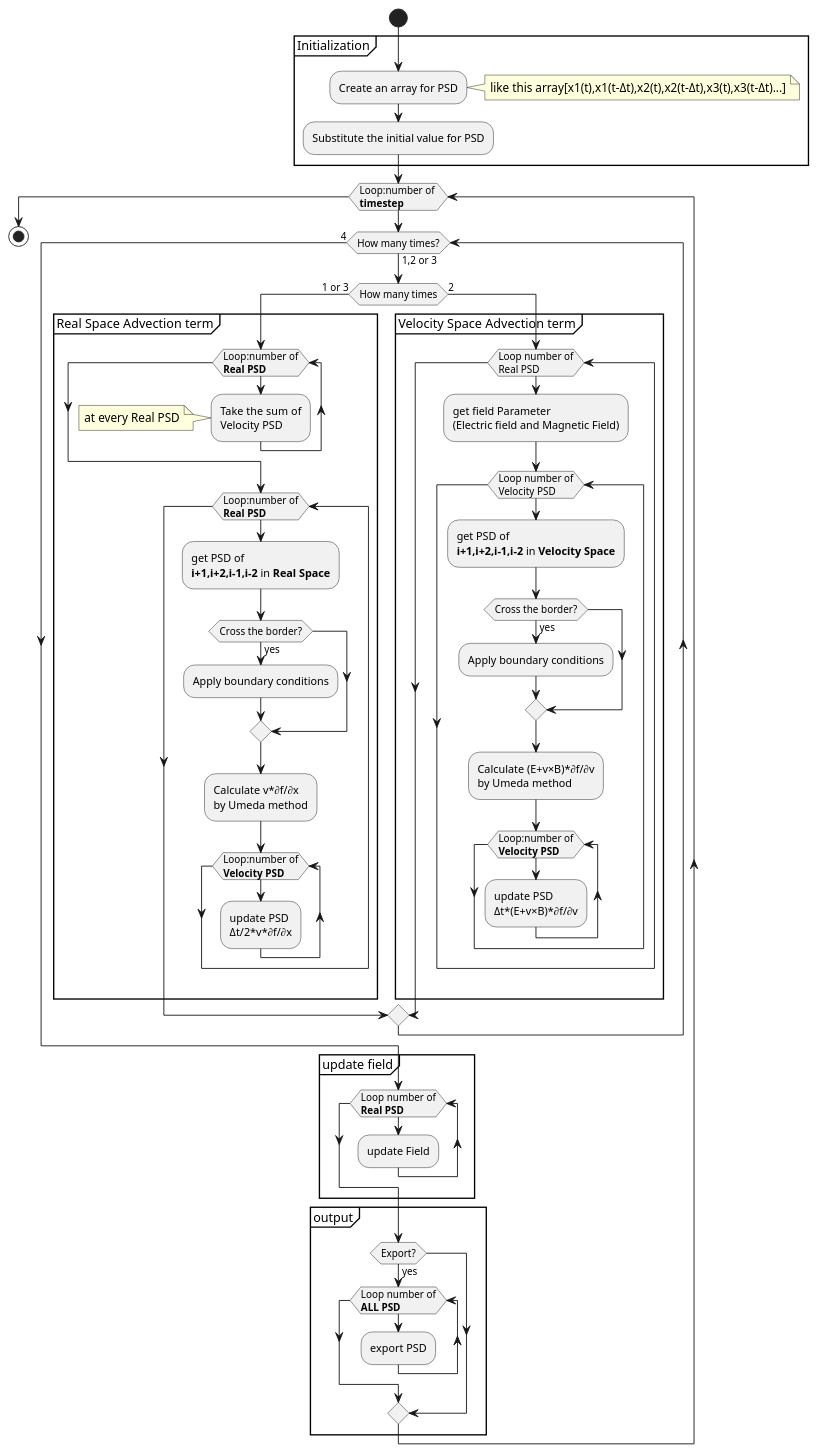
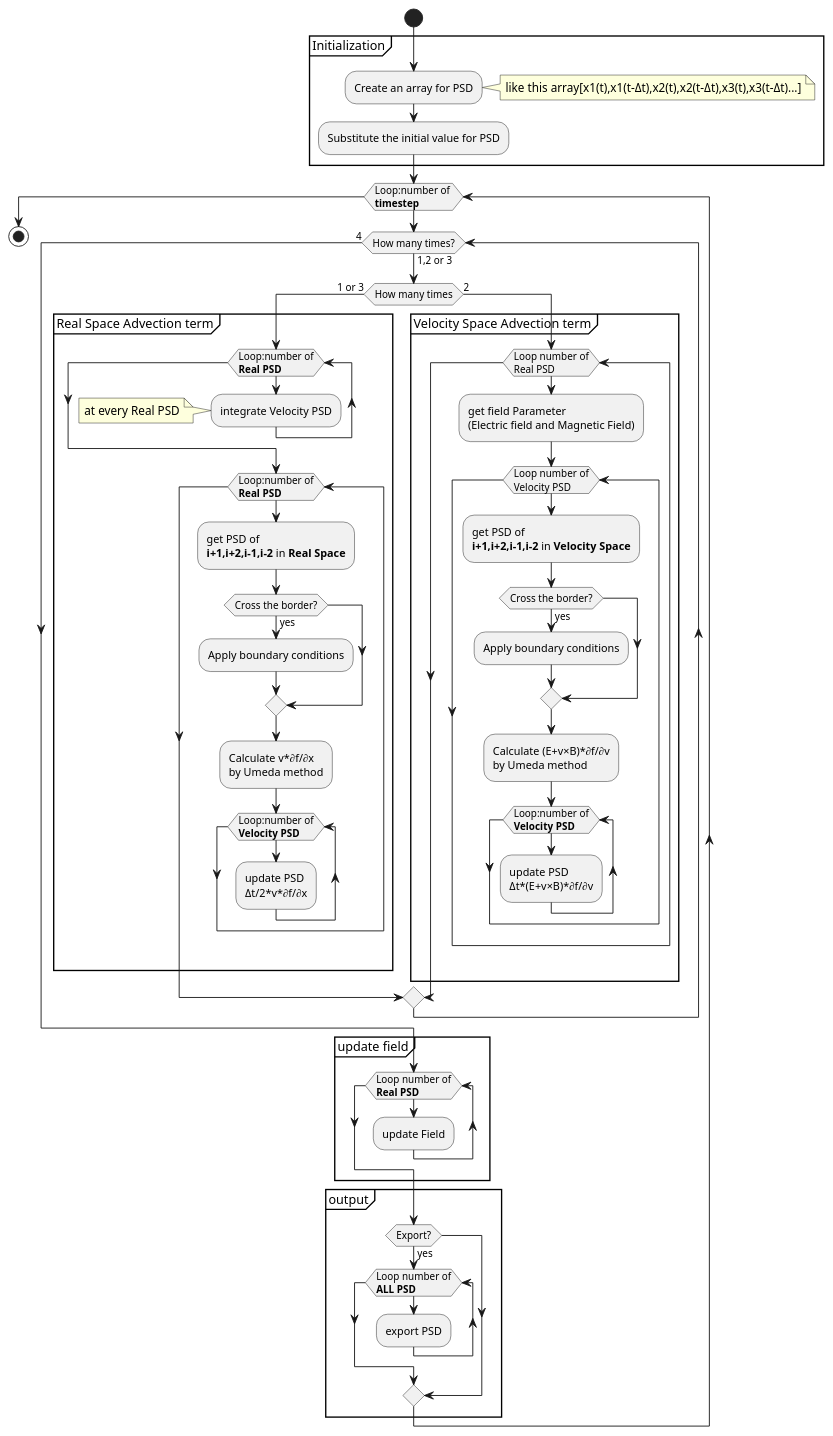
Before and after one commit to Butadiene/HEEModByPuls: the diagram in designCode/activity_diagram_outline.wsd, drawn with PlantUML.

Commit message:
typo take to integrate

```diff
--- a/designCode/activity_diagram_outline.wsd
+++ b/designCode/activity_diagram_outline.wsd
@@ -1,81 +1,80 @@
 @startuml activity_diagram_outline
 start 
 partition Initialization {
     :Create an array for PSD;
     note right:like this array[x1(t),x1(t-Δt),x2(t),x2(t-Δt),x3(t),x3(t-Δt)...]
 
     :Substitute the initial value for PSD;
 }
 
 while(Loop:number of \n**timestep**)
     while(How many times?) is (1,2 or 3)
         if(How many times) then(1 or 3)
      
             partition "Real Space Advection term" {
                 while (Loop:number of\n**Real PSD**)
-                    :Take the sum of
-                    Velocity PSD;
+                    :integrate Velocity PSD;
                     note:at every Real PSD
                 endwhile
 
                 while(Loop:number of\n**Real PSD**)
                     :get PSD of 
                     **i+1,i+2,i-1,i-2** in **Real Space**;
                     
                     if(Cross the border?) then(yes)
                     :Apply boundary conditions;
                     endif
 
                     :Calculate v*∂f/∂x 
                     by Umeda method;
                     while(Loop:number of\n**Velocity PSD**)
                         :update PSD 
                         Δt/2*v*∂f/∂x;
                     endwhile
 
                 endwhile
             }
         else(2)
             partition "Velocity Space Advection term"{
                 while(Loop number of\nReal PSD)
                     :get field Parameter
                     (Electric field and Magnetic Field);
                     while(Loop number of\nVelocity PSD)
                         :get PSD of 
                         **i+1,i+2,i-1,i-2** in **Velocity Space**;
                         
                         if(Cross the border?) then(yes)
                         :Apply boundary conditions;
                         endif
 
                         :Calculate (E+v×B)*∂f/∂v 
                         by Umeda method;
                         while(Loop:number of\n**Velocity PSD**)
                             :update PSD 
                             Δt*(E+v×B)*∂f/∂v;
                         endwhile
                     endwhile
                 endwhile
             }
         endif
     end while(4)
 
     partition "update field" {
         while(Loop number of\n**Real PSD**)
                 :update Field;
         endwhile
     }
 
     partition output {
         if(Export?) then (yes)
             while(Loop number of\n**ALL PSD**)
                 :export PSD;
             endwhile
         endif
     }
 endwhile
 
 
 stop
 
 @end uml
```
